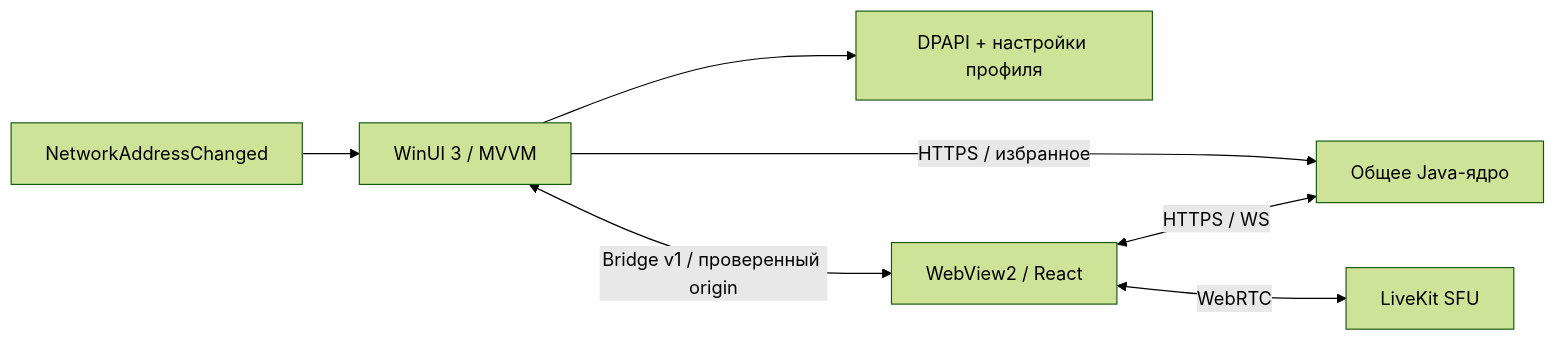
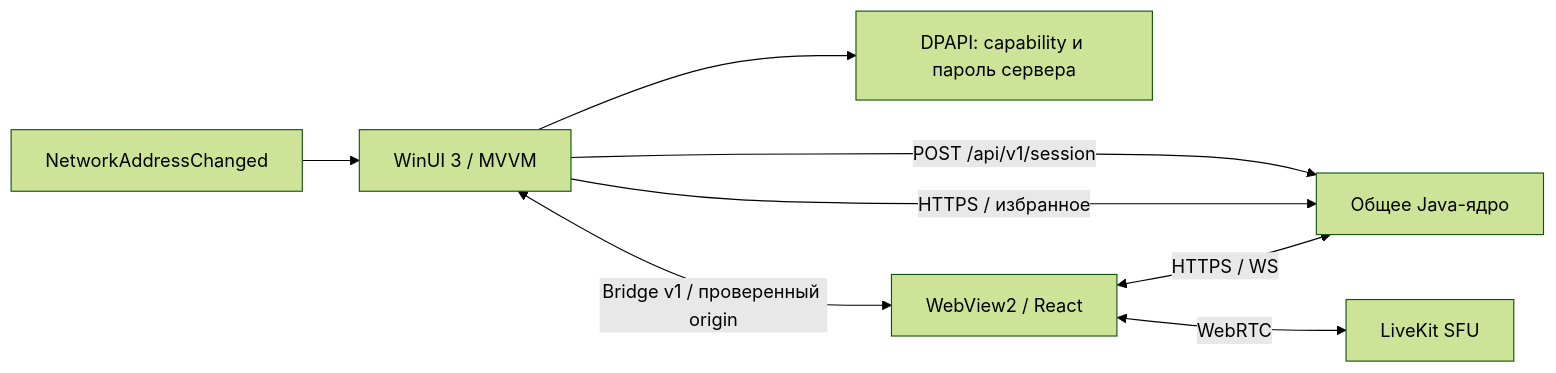
Before and after one commit to MikkiMays/ModernStreamingSystem.Windows: the diagram in docs/architecture.md, drawn with Mermaid (forest theme). The commit also changed other lines of this file and 14 other files, not shown here.

````diff
--- a/docs/architecture.md
+++ b/docs/architecture.md
@@ -5,9 +5,10 @@
 ```mermaid
 flowchart LR
-  W[WinUI 3 / MVVM] --> P[DPAPI + настройки профиля]
+  W[WinUI 3 / MVVM] --> P[DPAPI: capability и пароль сервера]
+  W -->|"POST /api/v1/session"| A[Общее Java-ядро]
   W <-->|Bridge v1 / проверенный origin| V[WebView2 / React]
-  W -->|HTTPS / избранное| A[Общее Java-ядро]
+  W -->|HTTPS / избранное| A
   V <-->|HTTPS / WS| A
   V <-->|WebRTC| L[LiveKit SFU]
   N[NetworkAddressChanged] --> W
 ```
````
